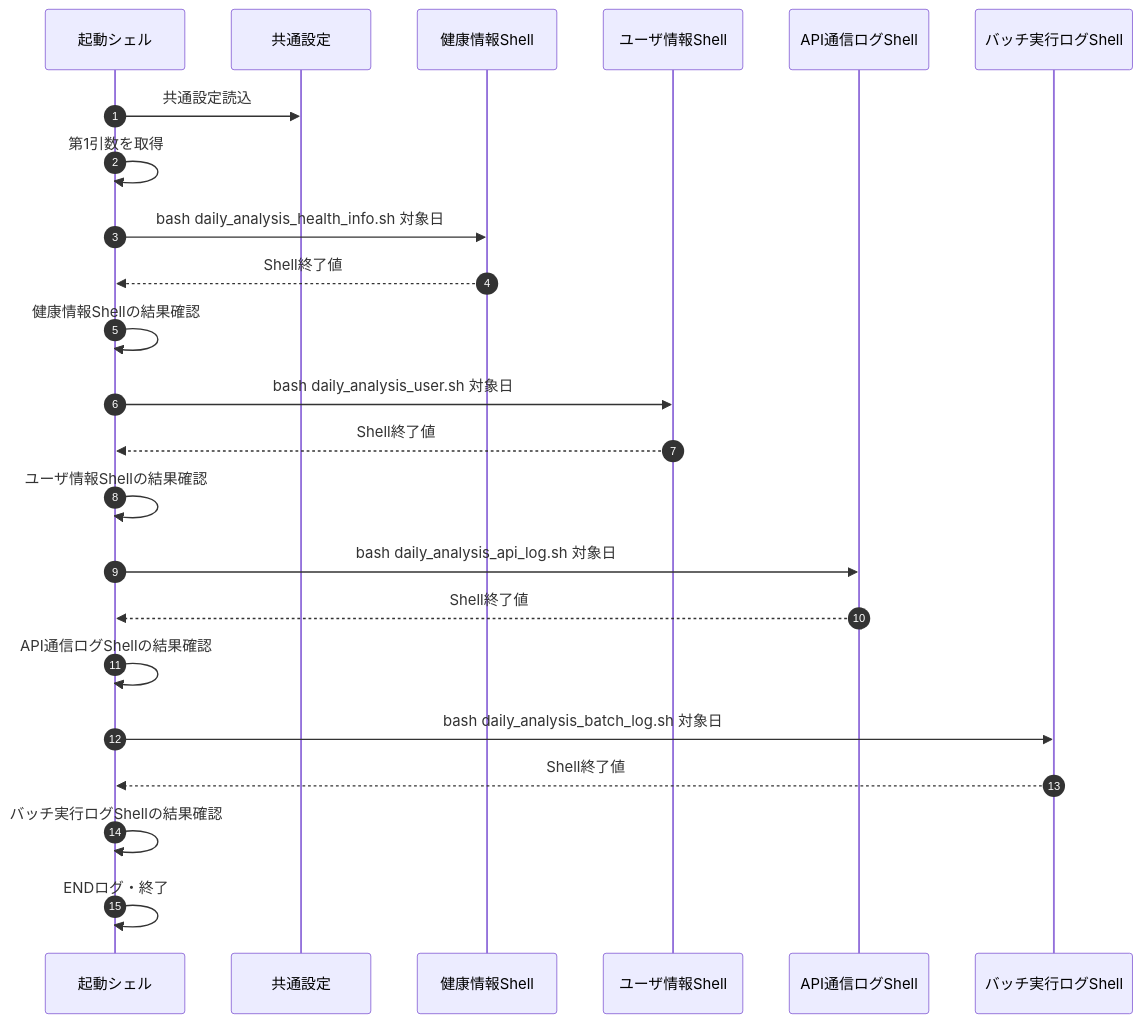
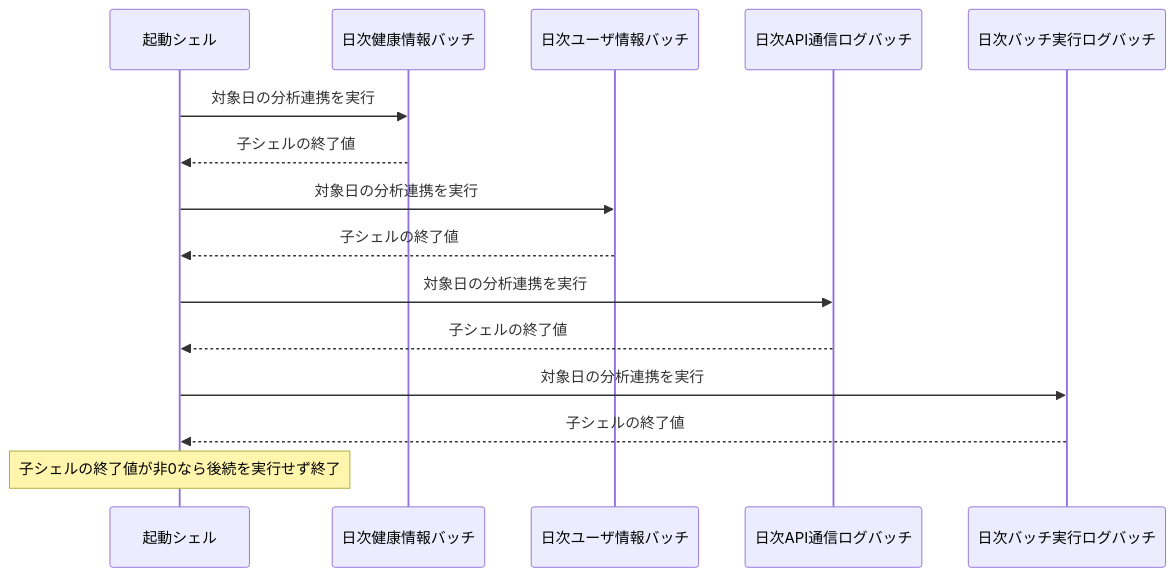
One commit to kohei-okazaki/work-3g changed the first of 2 diagrams in ha-docs/design/03_batch/設計書_3.5.日次データ分析連携JobSet.md. Above: the diagram before and after it, drawn with Mermaid. The commit also changed other lines of this file and 67 other files, not shown here.

````diff
--- a/ha-docs/design/03_batch/設計書_3.5.日次データ分析連携JobSet.md
+++ b/ha-docs/design/03_batch/設計書_3.5.日次データ分析連携JobSet.md
@@ -35,25 +11,17 @@
 ```mermaid
 sequenceDiagram
-    autonumber
-    participant JobSet as 起動シェル
-    participant Common as 共通設定
-    participant Health as 健康情報Shell
-    participant User as ユーザ情報Shell
-    participant API as API通信ログShell
-    participant Batch as バッチ実行ログShell
-    JobSet->>Common: 共通設定読込
-    JobSet->>JobSet: 第1引数を取得
-    JobSet->>Health: bash daily_analysis_health_info.sh 対象日
-    Health-->>JobSet: Shell終了値
-    JobSet->>JobSet: 健康情報Shellの結果確認
-    JobSet->>User: bash daily_analysis_user.sh 対象日
-    User-->>JobSet: Shell終了値
-    JobSet->>JobSet: ユーザ情報Shellの結果確認
-    JobSet->>API: bash daily_analysis_api_log.sh 対象日
-    API-->>JobSet: Shell終了値
-    JobSet->>JobSet: API通信ログShellの結果確認
-    JobSet->>Batch: bash daily_analysis_batch_log.sh 対象日
-    Batch-->>JobSet: Shell終了値
-    JobSet->>JobSet: バッチ実行ログShellの結果確認
-    JobSet->>JobSet: ENDログ・終了
+    participant S as 起動シェル
+    participant H as 日次健康情報バッチ
+    participant U as 日次ユーザ情報バッチ
+    participant A as 日次API通信ログバッチ
+    participant L as 日次バッチ実行ログバッチ
+    S->>H: 対象日の分析連携を実行
+    H-->>S: 子シェルの終了値
+    S->>U: 対象日の分析連携を実行
+    U-->>S: 子シェルの終了値
+    S->>A: 対象日の分析連携を実行
+    A-->>S: 子シェルの終了値
+    S->>L: 対象日の分析連携を実行
+    L-->>S: 子シェルの終了値
+    Note over S: 子シェルの終了値が非0なら後続を実行せず終了
 ```
````
